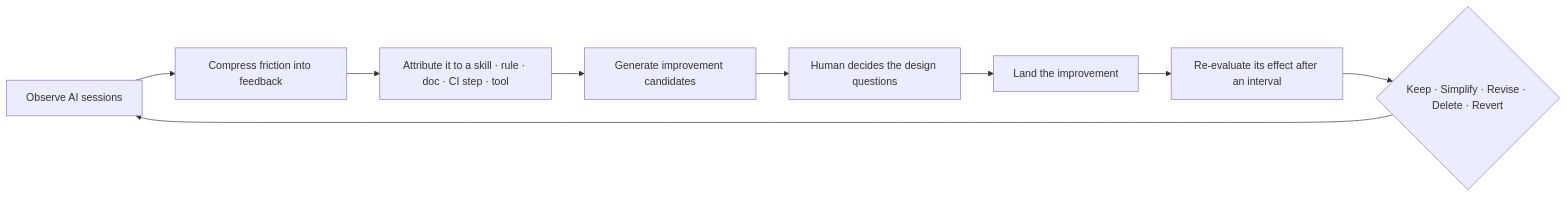
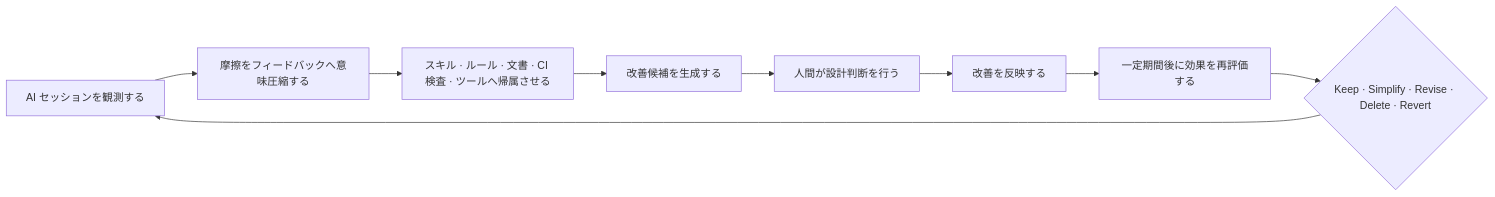
Before and after one commit to Tomy-ch/go-boilerplate: the second of 2 diagrams in docs/design/agent-environment.md, drawn with Mermaid. The commit also changed other lines of this file and 970 other files, not shown here.

````diff
--- a/docs/design/agent-environment.md
+++ b/docs/design/agent-environment.md
@@ -39,11 +36,11 @@
 ```mermaid
 flowchart LR
-    A["Observe AI sessions"] --> B["Compress friction into feedback"]
-    B --> C["Attribute it to a skill · rule · doc · CI step · tool"]
-    C --> D["Generate improvement candidates"]
-    D --> E["Human decides the design questions"]
-    E --> F["Land the improvement"]
-    F --> G["Re-evaluate its effect after an interval"]
+    A["AI セッションを観測する"] --> B["摩擦をフィードバックへ意味圧縮する"]
+    B --> C["スキル · ルール · 文書 · CI 検査 · ツールへ帰属させる"]
+    C --> D["改善候補を生成する"]
+    D --> E["人間が設計判断を行う"]
+    E --> F["改善を反映する"]
+    F --> G["一定期間後に効果を再評価する"]
     G --> H{"Keep · Simplify · Revise · Delete · Revert"}
     H --> A
 ```
````
